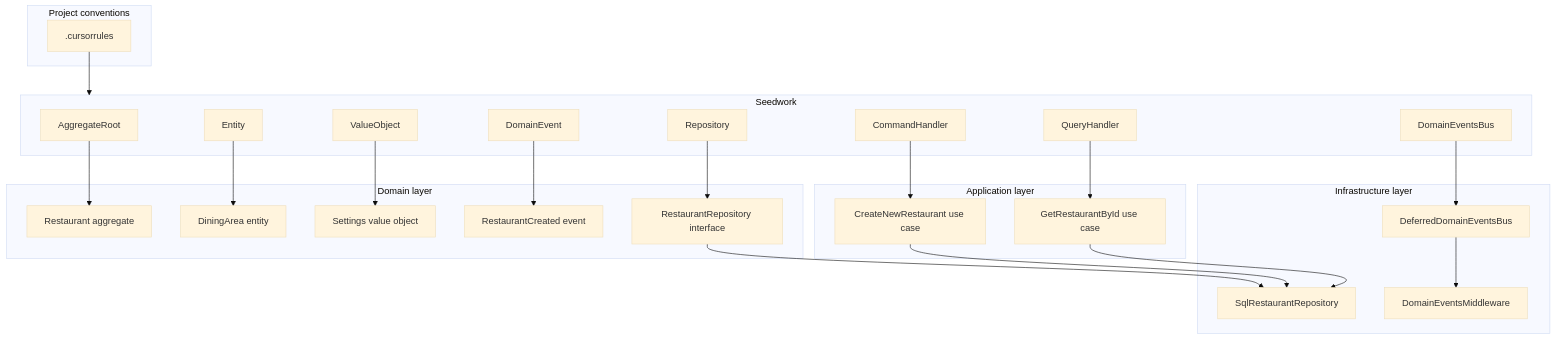
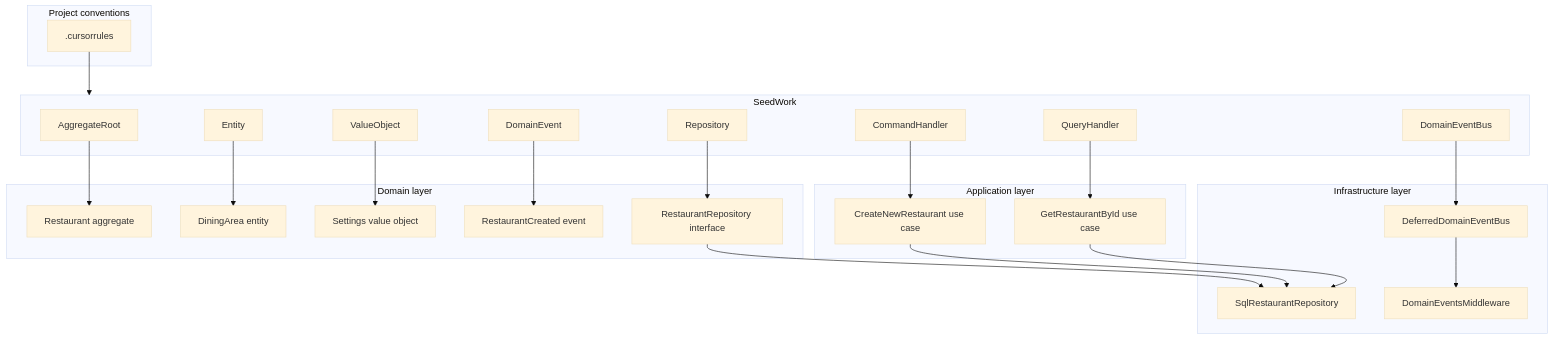
One commit to aseguragonzalez/php-seedwork changed the diagram in README.md. Above: the diagram before and after it, drawn with Mermaid (base theme). The commit also changed other lines of this file and 21 other files, not shown here.

````diff
--- a/README.md
+++ b/README.md
@@ -21,50 +21,50 @@
 ```mermaid
 flowchart TB
     subgraph conventions [Project conventions]
         CursorRules[.cursorrules]
     end
 
-    subgraph seedwork [Seedwork]
+    subgraph SeedWork [SeedWork]
         AR[AggregateRoot]
         E[Entity]
         VO[ValueObject]
         DE[DomainEvent]
         R[Repository]
         CH[CommandHandler]
         QH[QueryHandler]
-        DEB[DomainEventsBus]
+        DEB[DomainEventBus]
     end
 
     subgraph domain [Domain layer]
         Restaurant[Restaurant aggregate]
         DiningArea[DiningArea entity]
         Settings[Settings value object]
         RestaurantCreated[RestaurantCreated event]
         RestaurantRepo[RestaurantRepository interface]
     end
 
     subgraph application [Application layer]
         CreateNewRestaurant[CreateNewRestaurant use case]
         GetRestaurantById[GetRestaurantById use case]
     end
 
     subgraph infrastructure [Infrastructure layer]
         SqlRestaurantRepo[SqlRestaurantRepository]
-        DeferredBus[DeferredDomainEventsBus]
+        DeferredBus[DeferredDomainEventBus]
         Middleware[DomainEventsMiddleware]
     end
 
-    CursorRules --> seedwork
+    CursorRules --> SeedWork
     AR --> Restaurant
     E --> DiningArea
     VO --> Settings
     DE --> RestaurantCreated
     R --> RestaurantRepo
     CH --> CreateNewRestaurant
     QH --> GetRestaurantById
     DEB --> DeferredBus
     RestaurantRepo --> SqlRestaurantRepo
     CreateNewRestaurant --> SqlRestaurantRepo
     GetRestaurantById --> SqlRestaurantRepo
     DeferredBus --> Middleware
 ```
````
